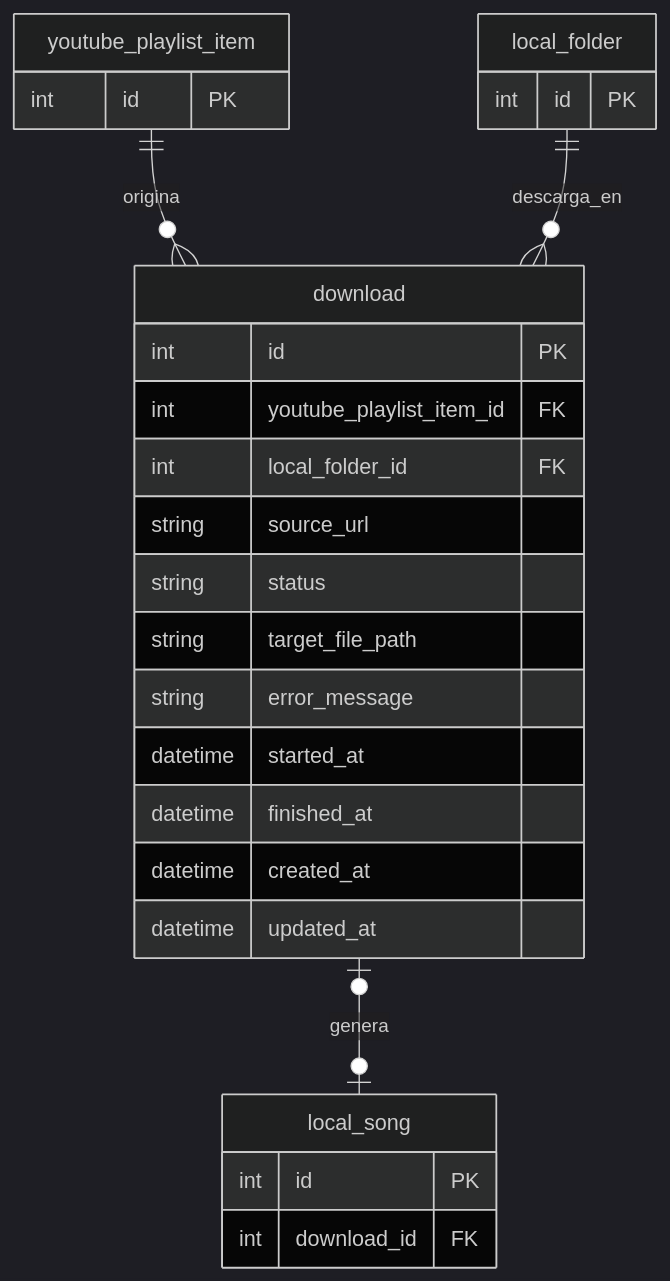
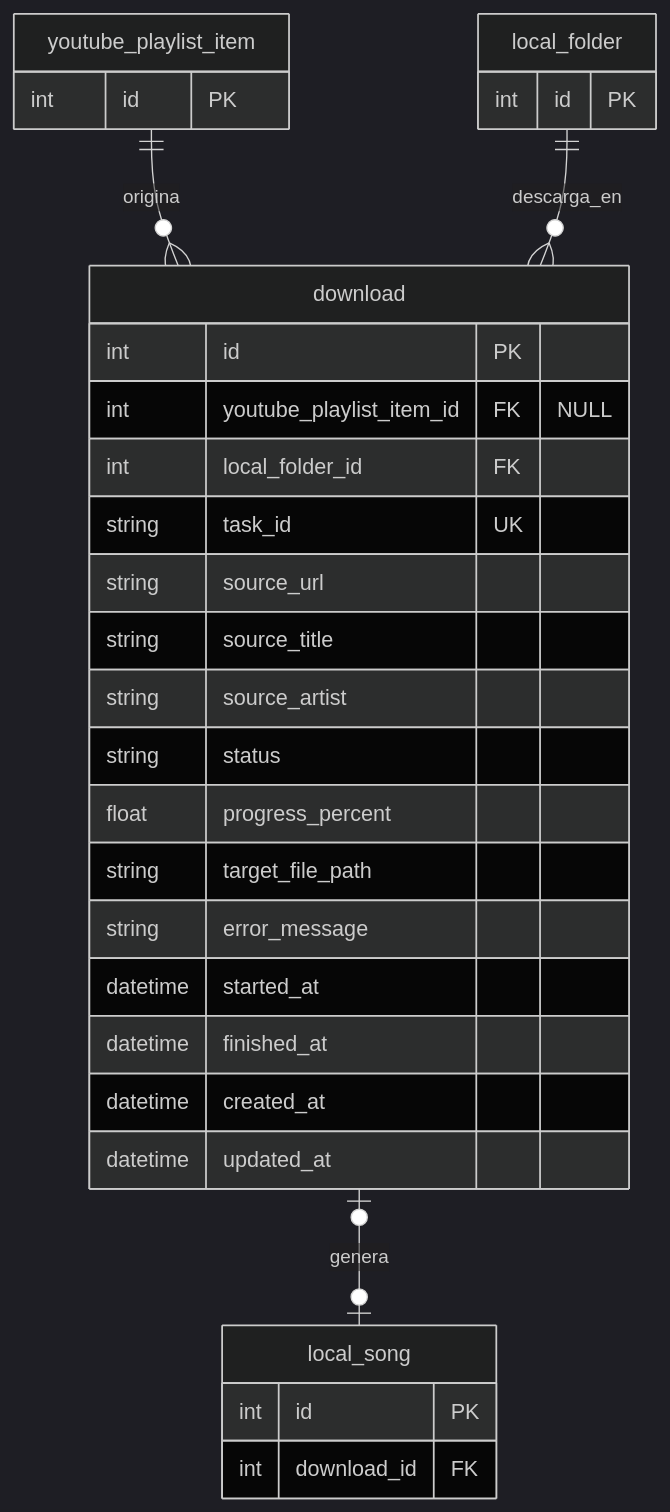
Before and after one commit to AngelRagel05/AppMusic: the diagram in doc/bbdd/tables/download.md, drawn with Mermaid (dark theme). The commit also changed other lines of this file and 240 other files, not shown here.

````diff
--- a/doc/bbdd/tables/download.md
+++ b/doc/bbdd/tables/download.md
@@ -35,33 +41,37 @@
 ```mermaid
 erDiagram
     download {
         int id PK
-        int youtube_playlist_item_id FK
+        int youtube_playlist_item_id FK "NULL"
         int local_folder_id FK
+        string task_id UK
         string source_url
+        string source_title
+        string source_artist
         string status
+        float progress_percent
         string target_file_path
         string error_message
         datetime started_at
         datetime finished_at
         datetime created_at
         datetime updated_at
     }
 
     youtube_playlist_item {
         int id PK
     }
 
     local_folder {
         int id PK
     }
 
     local_song {
         int id PK
         int download_id FK
     }
 
     youtube_playlist_item ||--o{ download : origina
     local_folder ||--o{ download : descarga_en
     download o|--o| local_song : genera
 ```
````
